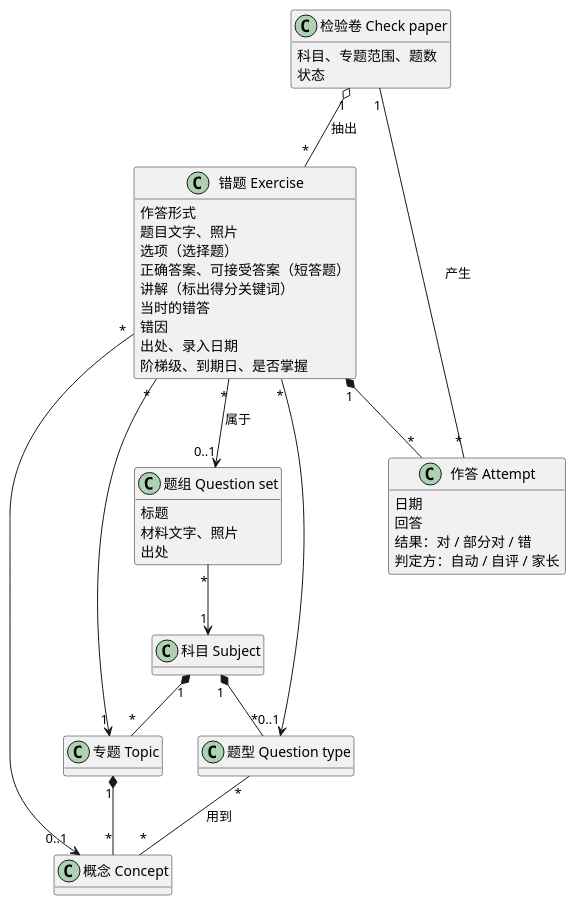
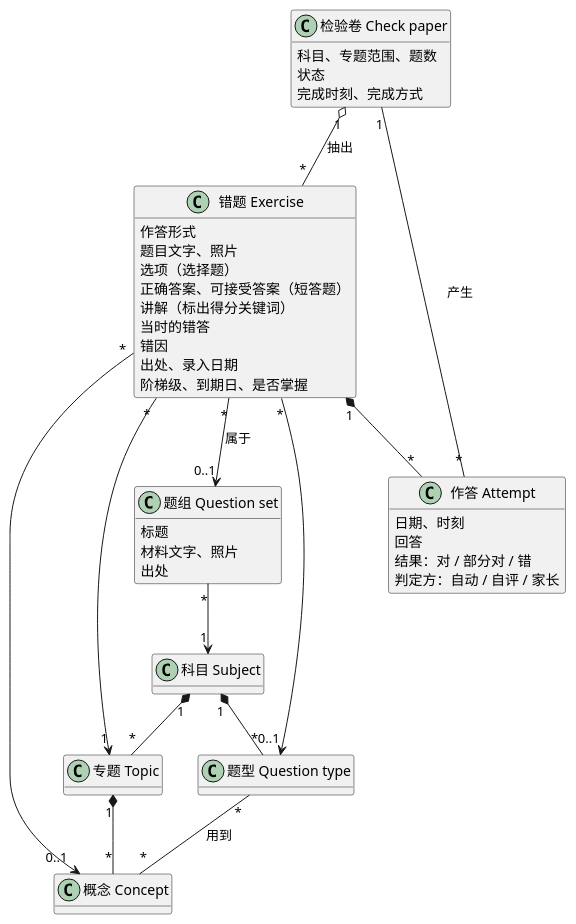
The first of 2 diagrams in domain/OVERVIEW.md (lengthlong/exercise_arena), drawn with PlantUML before and after one commit. The commit also changed other lines of this file and 7 other files, not shown here.

````diff
--- a/domain/OVERVIEW.md
+++ b/domain/OVERVIEW.md
@@ -7,47 +7,48 @@
 ```plantuml
 @startuml
 hide empty methods
 class "错题 Exercise" as Exercise {
   作答形式
   题目文字、照片
   选项（选择题）
   正确答案、可接受答案（短答题）
   讲解（标出得分关键词）
   当时的错答
   错因
   出处、录入日期
   阶梯级、到期日、是否掌握
 }
 class "科目 Subject" as Subject
 class "专题 Topic" as Topic
 class "概念 Concept" as Concept
 class "题型 Question type" as QType
 class "作答 Attempt" as Attempt {
-  日期
+  日期、时刻
   回答
   结果：对 / 部分对 / 错
   判定方：自动 / 自评 / 家长
 }
 class "题组 Question set" as QSet {
   标题
   材料文字、照片
   出处
 }
 class "检验卷 Check paper" as Paper {
   科目、专题范围、题数
   状态
+  完成时刻、完成方式
 }
 Subject "1" *-- "*" Topic
 Topic "1" *-- "*" Concept
 Subject "1" *-- "*" QType
 QType "*" -- "*" Concept : 用到
 Exercise "*" --> "1" Topic
 Exercise "*" --> "0..1" Concept
 Exercise "*" --> "0..1" QType
 Exercise "*" --> "0..1" QSet : 属于
 QSet "*" --> "1" Subject
 Exercise "1" *-- "*" Attempt
 Paper "1" o-- "*" Exercise : 抽出
 Paper "1" -- "*" Attempt : 产生
 @enduml
 ```
````
